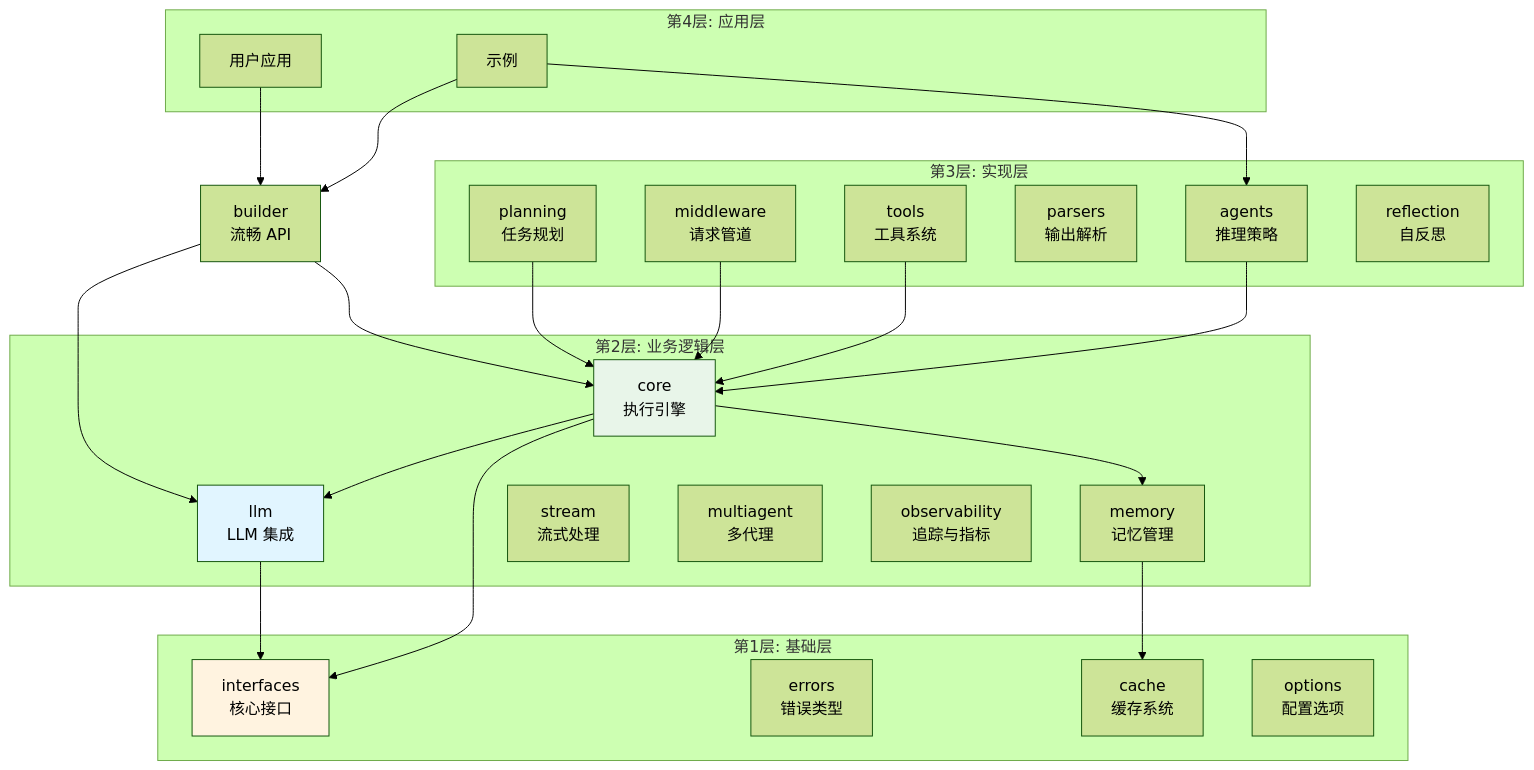
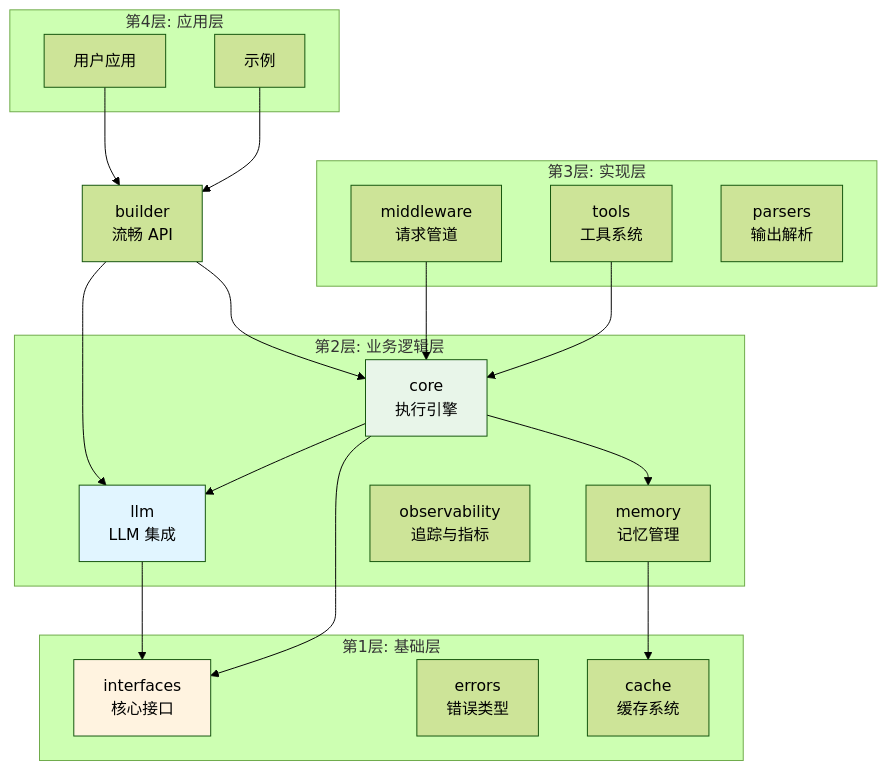
The first of 2 diagrams in README_CN.md (kart-io/goagent), drawn with Mermaid (forest theme) before and after one commit. The commit also changed other lines of this file and 401 other files, not shown here.

````diff
--- a/README_CN.md
+++ b/README_CN.md
@@ -115,56 +114,47 @@
 ```mermaid
 graph TB
     subgraph "第4层: 应用层"
         Examples["示例"]
         UserApps["用户应用"]
     end
 
     subgraph "第3层: 实现层"
-        Agents["agents<br/>推理策略"]
         Tools["tools<br/>工具系统"]
         Middleware["middleware<br/>请求管道"]
         Parsers["parsers<br/>输出解析"]
-        Planning["planning<br/>任务规划"]
-        Reflection["reflection<br/>自反思"]
     end
 
     subgraph "第2层: 业务逻辑层"
         Core["core<br/>执行引擎"]
         LLM["llm<br/>LLM 集成"]
         Memory["memory<br/>记忆管理"]
-        Stream["stream<br/>流式处理"]
-        MultiAgent["multiagent<br/>多代理"]
         Observability["observability<br/>追踪与指标"]
     end
 
     subgraph "第1层: 基础层"
         Interfaces["interfaces<br/>核心接口"]
         Errors["errors<br/>错误类型"]
         Cache["cache<br/>缓存系统"]
-        Options["options<br/>配置选项"]
     end
 
-    Examples --> Agents
     Examples --> Builder
     UserApps --> Builder
 
-    Agents --> Core
     Tools --> Core
     Middleware --> Core
-    Planning --> Core
 
     Core --> LLM
     Core --> Memory
     Core --> Interfaces
 
     LLM --> Interfaces
     Memory --> Cache
 
     style Core fill:#e8f5e9
     style LLM fill:#e1f5ff
     style Interfaces fill:#fff3e0
 
     Builder["builder<br/>流畅 API"]
     Builder --> Core
     Builder --> LLM
 ```
````
